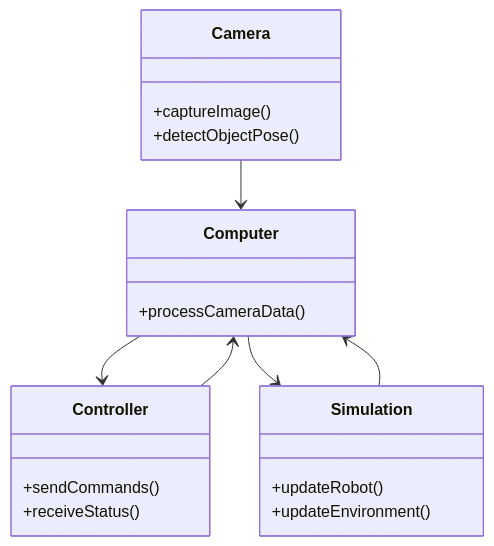
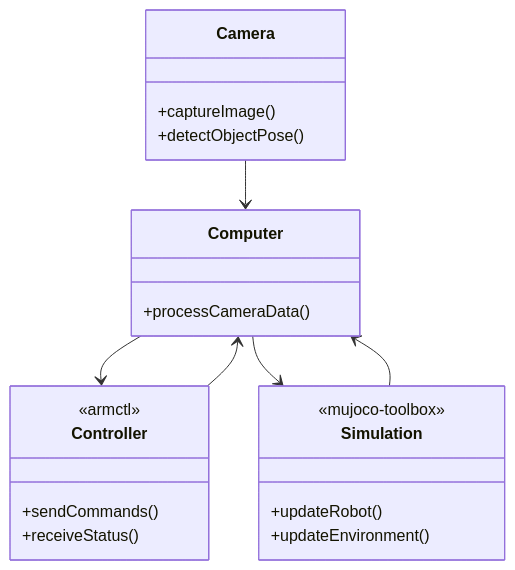
Before and after one commit to MGross21/Agnostic-Digital-Twin-Robotic-Controller: the diagram in README.md, drawn with Mermaid.

Commit message:
fix: update class diagram in README.md to include correct stereotypes for Controller and Simulation classes

````diff
--- a/README.md
+++ b/README.md
@@ -24,34 +24,36 @@
 ```mermaid
 classDiagram
     %% UDP Topics:
     %% Camera --> Computer: /camera/object_pose
     %% Computer --> Controller: /controller/command (pub)
     %% Controller --> Computer: /controller/status (pub)
     %% Computer --> Simulation: /sim/update (pub)
     %% Simulation --> Computer: /sim/state (pub)
 
     Camera --> Computer
     Computer --> Controller
     Controller --> Computer
     Computer --> Simulation
     Simulation --> Computer
 
     class Camera {
         +captureImage()
         +detectObjectPose()
     }
 
     class Computer {
         +processCameraData()
     }
 
     class Controller {
+        <<armctl>>
         +sendCommands()
         +receiveStatus()
     }
 
     class Simulation {
+        <<mujoco-toolbox>>
         +updateRobot()
         +updateEnvironment()
     }
 ```
````
